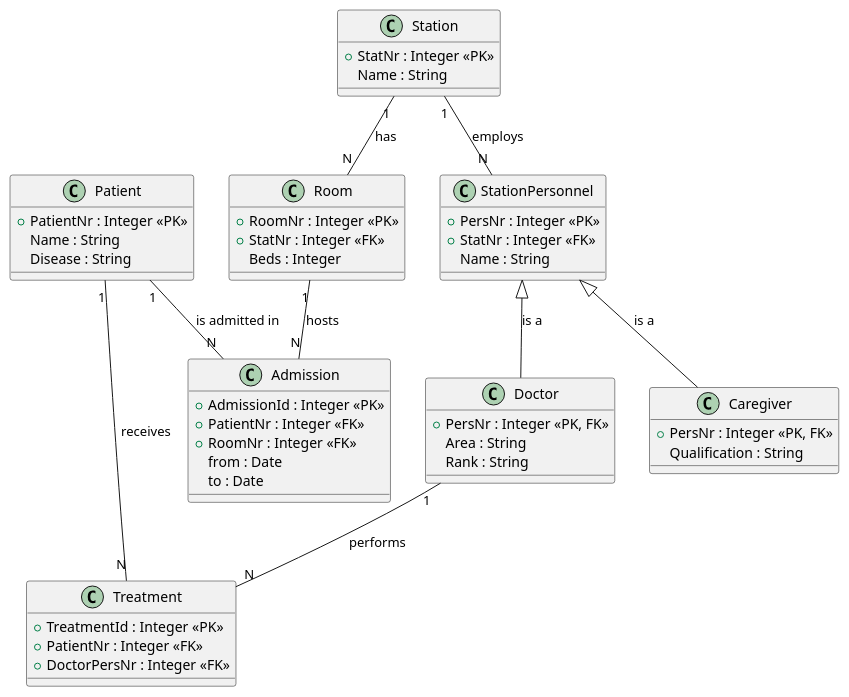
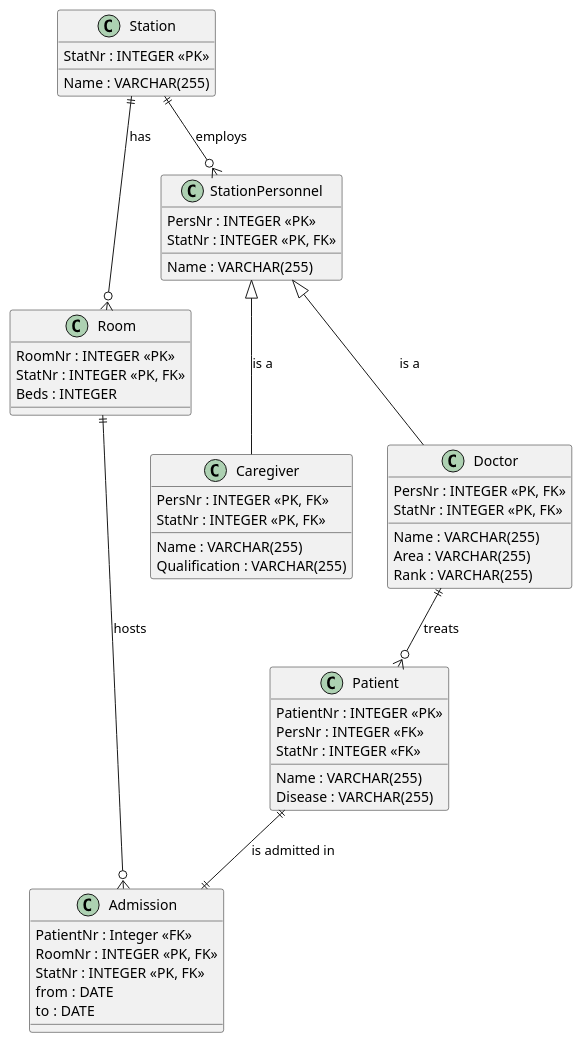
Before and after one commit to aspisov/Courses: the diagram in hse_databases/hw3/3.plantuml, drawn with PlantUML. The commit also changed 8 other files, not shown here.

```diff
--- a/hse_databases/hw3/3.plantuml
+++ b/hse_databases/hw3/3.plantuml
@@ -1,60 +1,60 @@
 @startuml Hospital
 
-class Patient {
-    +PatientNr : Integer <<PK>>
-    Name : String
-    Disease : String
+class Station {
+    StatNr : INTEGER <<PK>>
+    Name : VARCHAR(255)
 }
 
 class Room {
-    +RoomNr : Integer <<PK>>
-    +StatNr : Integer <<FK>>
-    Beds : Integer
-}
-
-class Station {
-    +StatNr : Integer <<PK>>
-    Name : String
+    RoomNr : INTEGER <<PK>>
+    StatNr : INTEGER <<PK, FK>>
+    Beds : INTEGER
 }
 
 class StationPersonnel {
-    +PersNr : Integer <<PK>>
-    +StatNr : Integer <<FK>>
-    Name : String
+    PersNr : INTEGER <<PK>>
+    StatNr : INTEGER <<PK, FK>>
+    Name : VARCHAR(255)
 }
 
 class Caregiver {
-    +PersNr : Integer <<PK, FK>>
-    Qualification : String
+    PersNr : INTEGER <<PK, FK>>
+    StatNr : INTEGER <<PK, FK>>
+    Name : VARCHAR(255)
+    Qualification : VARCHAR(255)
 }
 
 class Doctor {
-    +PersNr : Integer <<PK, FK>>
-    Area : String
-    Rank : String
+    PersNr : INTEGER <<PK, FK>>
+    StatNr : INTEGER <<PK, FK>>
+    Name : VARCHAR(255)
+    Area : VARCHAR(255)
+    Rank : VARCHAR(255)
+}
+
+class Patient {
+    PatientNr : INTEGER <<PK>>
+    Name : VARCHAR(255)
+    Disease : VARCHAR(255)
+    PersNr : INTEGER <<FK>>
+    StatNr : INTEGER <<FK>>
 }
 
 class Admission {
-    +AdmissionId : Integer <<PK>>
-    +PatientNr : Integer <<FK>>
-    +RoomNr : Integer <<FK>>
-    from : Date
-    to : Date
+    PatientNr : Integer <<FK>>
+    RoomNr : INTEGER <<PK, FK>>
+    StatNr : INTEGER <<PK, FK>>
+    from : DATE
+    to : DATE
 }
 
-class Treatment {
-    +TreatmentId : Integer <<PK>>
-    +PatientNr : Integer <<FK>>
-    +DoctorPersNr : Integer <<FK>>
-}
 
-Patient "1" -- "N" Admission : "is admitted in"
-Room "1" -- "N" Admission : "hosts"
-Station "1" -- "N" Room : "has"
-Station "1" -- "N" StationPersonnel : "employs"
+Patient ||--|| Admission : "is admitted in"
+Room ||--o{ Admission : "hosts"
+Station ||--o{ Room : "has"
+Station ||--o{ StationPersonnel : "employs"
 StationPersonnel <|-- Caregiver : "is a"
 StationPersonnel <|-- Doctor : "is a"
-Doctor "1" -- "N" Treatment : "performs"
-Patient "1" -- "N" Treatment : "receives"
+Doctor ||--o{ Patient : treats
 
 @enduml
```
